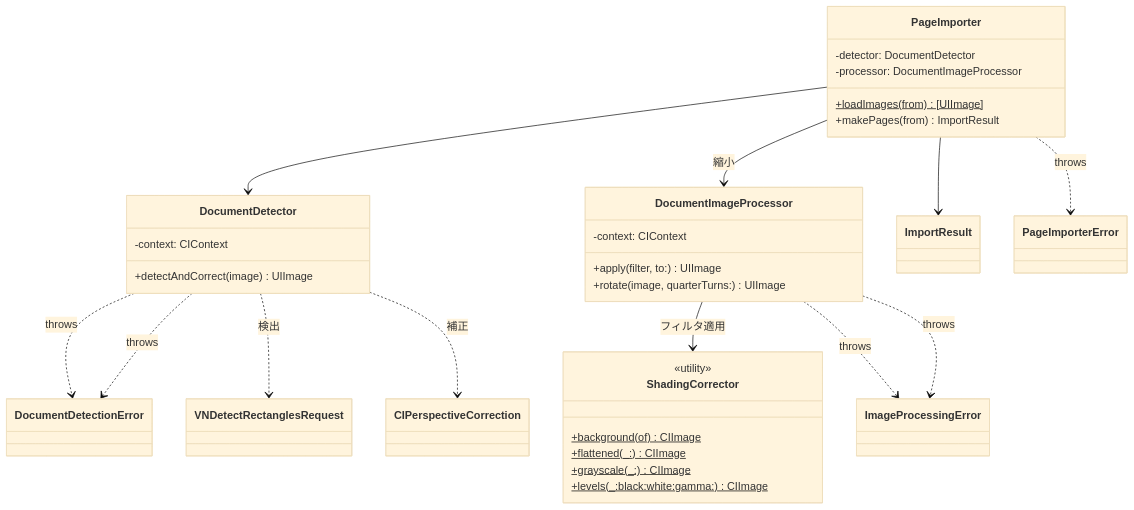
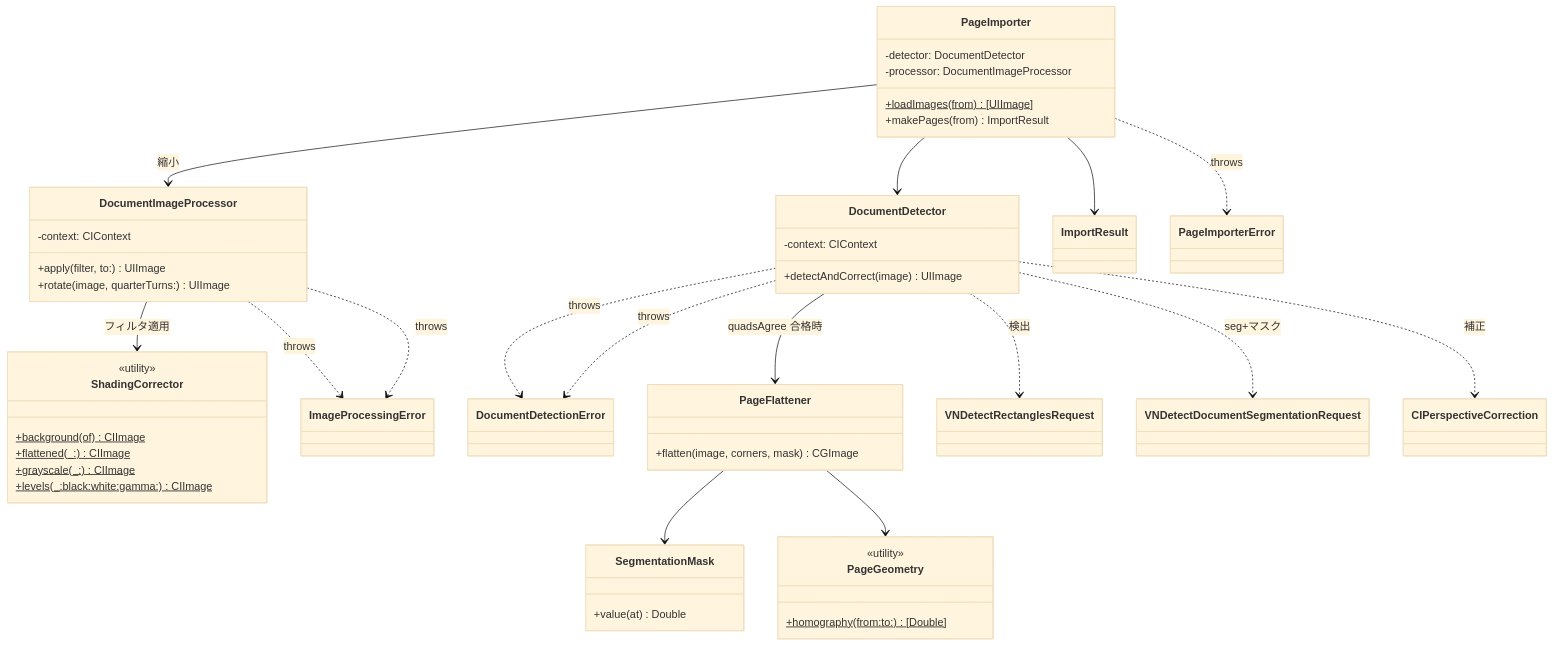
Before and after one commit to gomurin0428/DocScanner: the first of 2 diagrams in DocScanner/Processing/README.md, drawn with Mermaid (base theme). The commit also changed other lines of this file and 11 other files, not shown here.

````diff
--- a/DocScanner/Processing/README.md
+++ b/DocScanner/Processing/README.md
@@ -32,36 +42,50 @@
 ```mermaid
 classDiagram
     class DocumentImageProcessor {
         -context: CIContext
         +apply(filter, to:) UIImage
         +rotate(image, quarterTurns:) UIImage
     }
     class DocumentDetector {
         -context: CIContext
         +detectAndCorrect(image) UIImage
     }
     class ShadingCorrector {
         <<utility>>
         +background(of)$ CIImage
         +flattened(_:)$ CIImage
         +grayscale(_:)$ CIImage
         +levels(_:black:white:gamma:)$ CIImage
     }
     DocumentImageProcessor --> ShadingCorrector : フィルタ適用
     DocumentImageProcessor ..> ImageProcessingError : throws
     DocumentDetector ..> DocumentDetectionError : throws
     class PageImporter {
         -detector: DocumentDetector
         -processor: DocumentImageProcessor
         +loadImages(from)$ [UIImage]
         +makePages(from) ImportResult
     }
     DocumentImageProcessor ..> ImageProcessingError : throws
     DocumentDetector ..> DocumentDetectionError : throws
+    class PageFlattener {
+        +flatten(image, corners, mask) CGImage
+    }
+    class SegmentationMask {
+        +value(at) Double
+    }
+    class PageGeometry {
+        <<utility>>
+        +homography(from:to:)$ [Double]
+    }
     DocumentDetector ..> VNDetectRectanglesRequest : 検出
+    DocumentDetector ..> VNDetectDocumentSegmentationRequest : seg+マスク
+    DocumentDetector --> PageFlattener : quadsAgree 合格時
+    PageFlattener --> SegmentationMask
+    PageFlattener --> PageGeometry
     DocumentDetector ..> CIPerspectiveCorrection : 補正
     PageImporter --> DocumentDetector
     PageImporter --> DocumentImageProcessor : 縮小
     PageImporter --> ImportResult
     PageImporter ..> PageImporterError : throws
 ```
````
